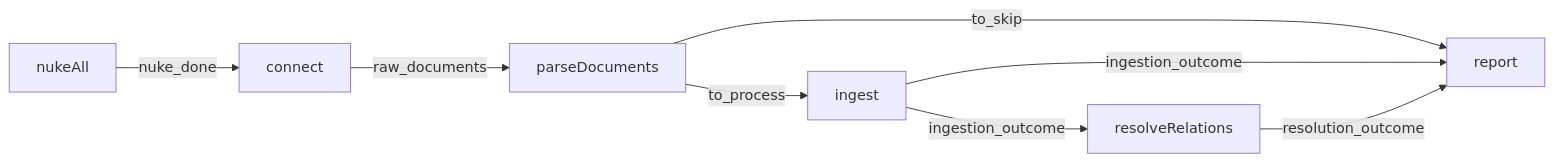
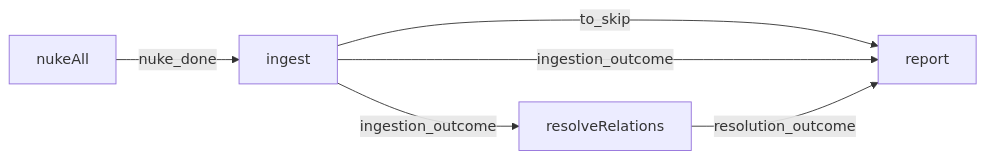
The diagram in docs/technical/data/ARCHITECTURE.md (nmoutou/murphy), drawn with Mermaid before and after one commit. The commit also changed other lines of this file and 20 other files, not shown here.

````diff
--- a/docs/technical/data/ARCHITECTURE.md
+++ b/docs/technical/data/ARCHITECTURE.md
@@ -41,10 +41,8 @@
 ```mermaid
 flowchart LR
-    nukeAll -- nuke_done --> connect
-    connect -- raw_documents --> parseDocuments
-    parseDocuments -- to_process --> ingest
-    parseDocuments -- to_skip --> report
+    nukeAll -- nuke_done --> ingest
+    ingest -- to_skip --> report
     ingest -- ingestion_outcome --> resolveRelations
     ingest -- ingestion_outcome --> report
     resolveRelations -- resolution_outcome --> report
 ```
````
